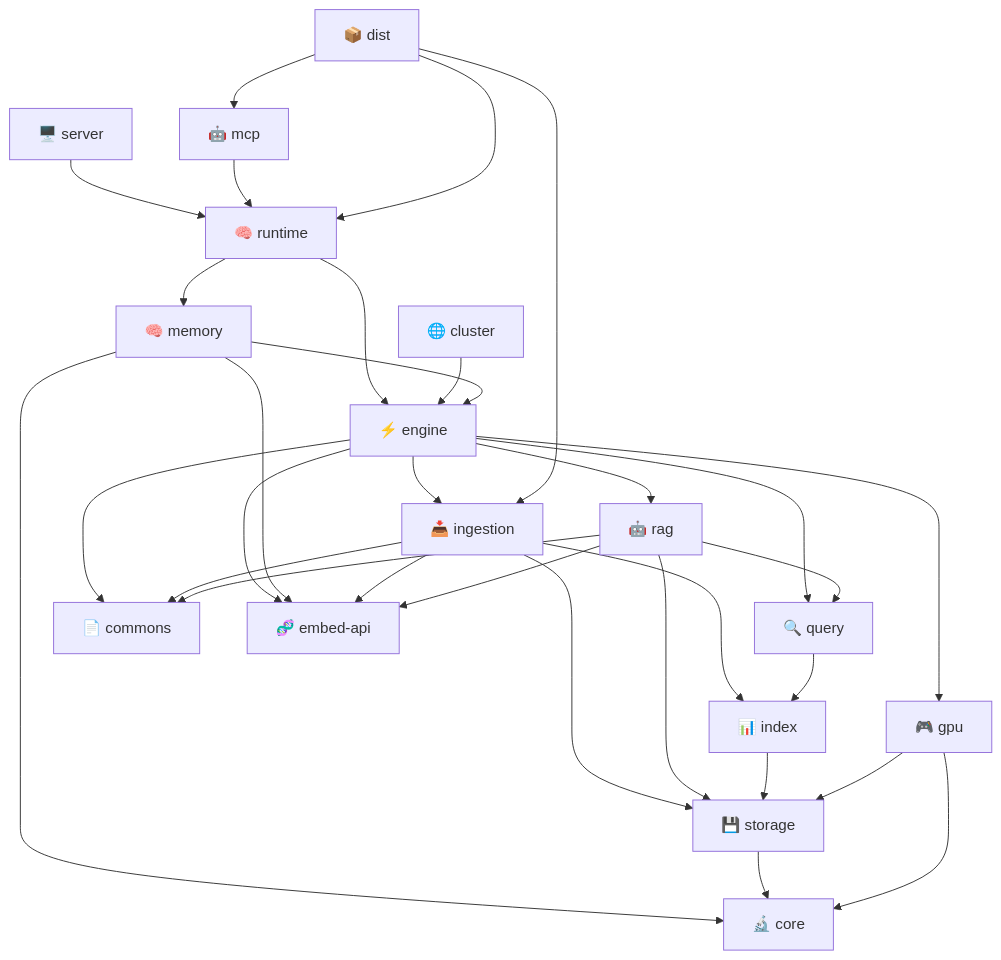
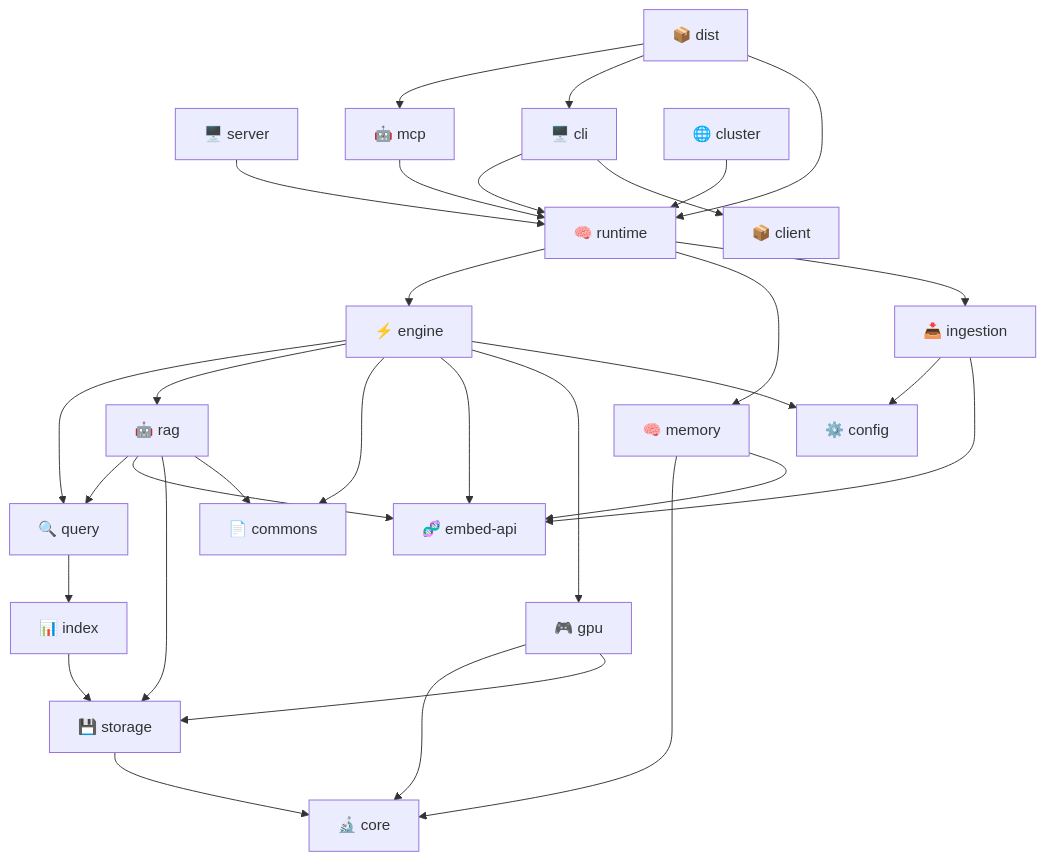
The second of 7 diagrams in docs/docs/architecture/overview.md (spectrayan/spector-search), drawn with Mermaid before and after one commit. The commit also changed other lines of this file and 30 other files, not shown here.

````diff
--- a/docs/docs/architecture/overview.md
+++ b/docs/docs/architecture/overview.md
@@ -67,41 +67,41 @@
 ```mermaid
 graph TD
     server["🖥️ server"] --> runtime["🧠 runtime"]
     mcp["🤖 mcp"] --> runtime
+    cli["🖥️ cli"] --> runtime
+    cli --> client["📦 client"]
 
     runtime --> engine["⚡ engine"]
     runtime --> memory["🧠 memory"]
+    runtime --> ingestion["📥 ingestion"]
 
-    cluster["🌐 cluster"] --> engine
+    cluster["🌐 cluster"] --> runtime
     engine --> query["🔍 query"]
-    engine --> ingestion["📥 ingestion"]
     engine --> rag["🤖 rag"]
     engine --> commons["📄 commons"]
     engine --> embedapi["🧬 embed-api"]
     engine --> gpu["🎮 gpu"]
+    engine --> config["⚙️ config"]
 
     memory --> core["🔬 core"]
-    memory --> engine
     memory --> embedapi
 
-    ingestion --> commons
+    ingestion --> config
     ingestion --> embedapi
-    ingestion --> storage
-    ingestion --> index
 
     rag --> query
     rag --> embedapi
     rag --> storage
     rag --> commons
 
     query --> index["📊 index"]
     index --> storage["💾 storage"]
     storage --> core
 
     gpu --> core
     gpu --> storage
 
     dist["📦 dist"] --> mcp
+    dist --> cli
     dist --> runtime
-    dist --> ingestion
 ```
````
